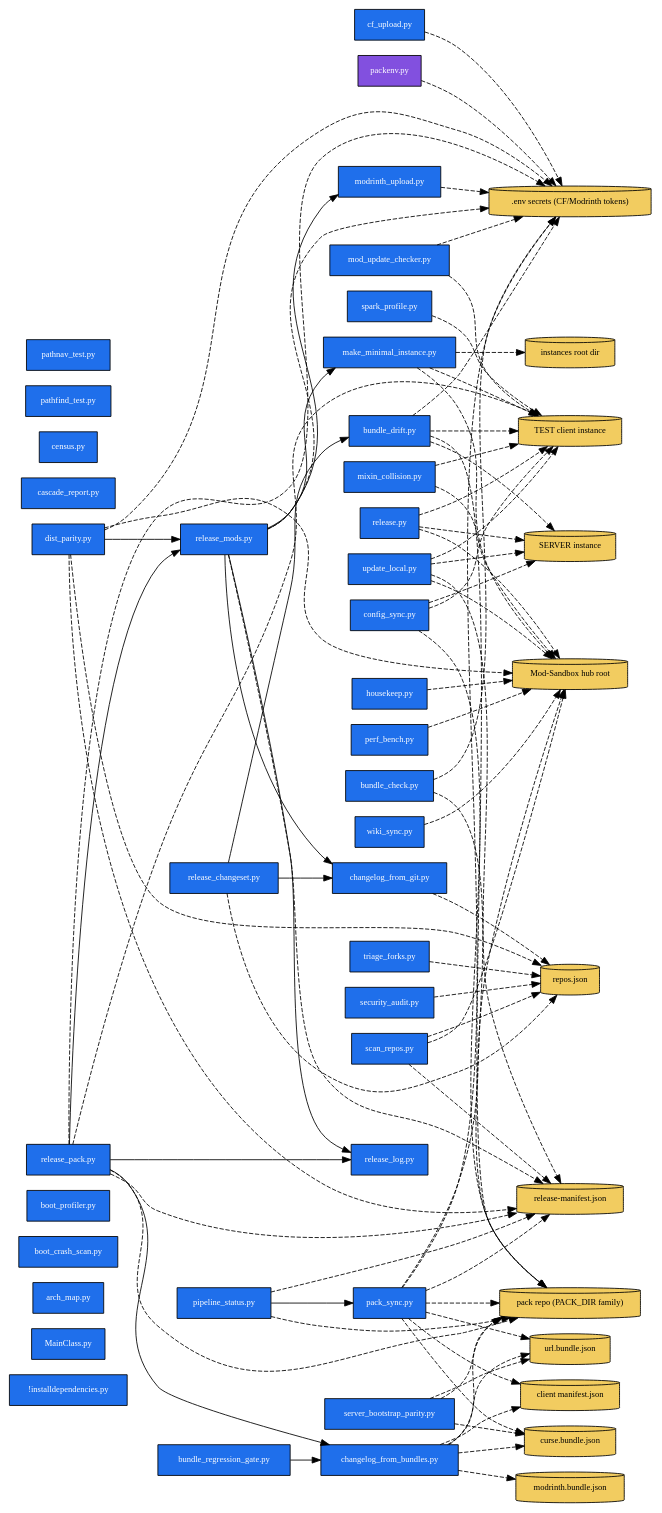
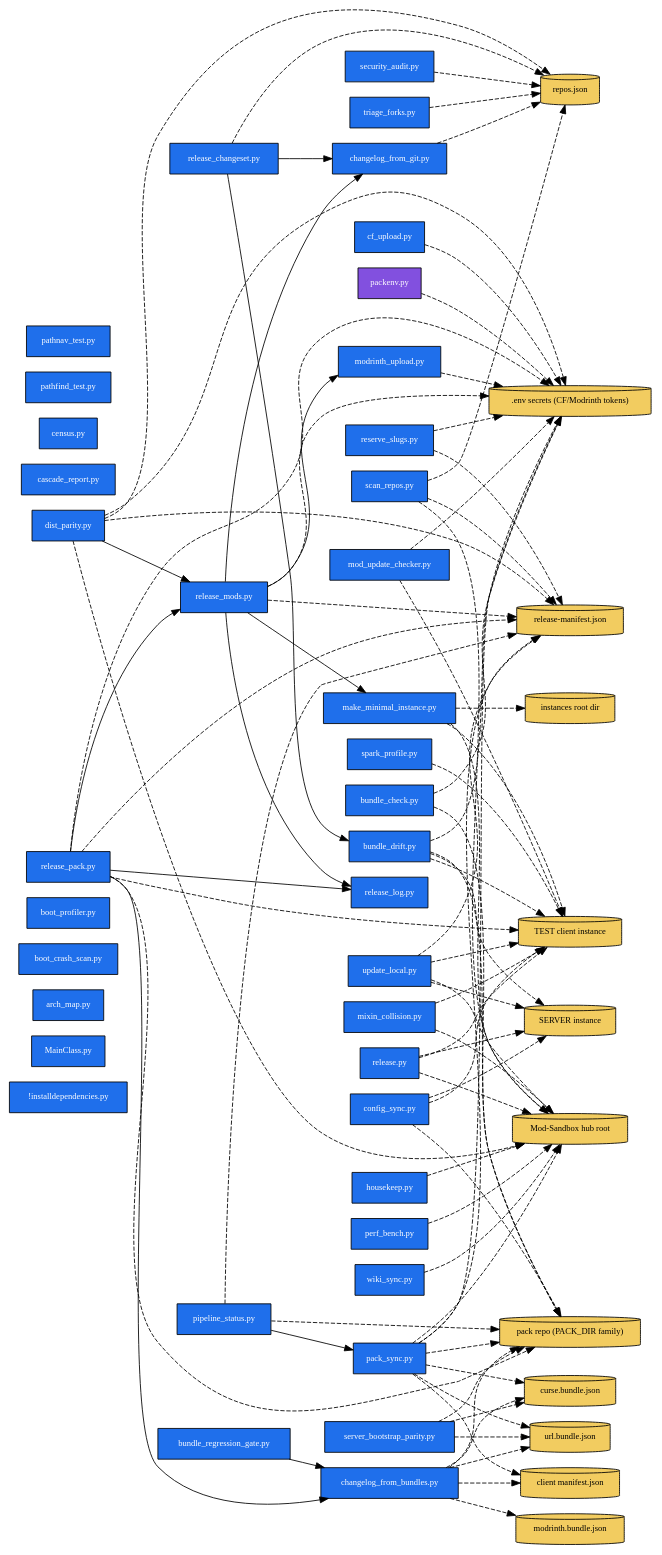
The diagram in ARCHITECTURE.dot (quentin452/Cat-Pack-Utilities), drawn with Graphviz before and after one commit. The commit also changed 3 other files, not shown here.

First line of the commit message:
feat(reserve_slugs): reserve clean-room slugs on Modrinth + CF checklist (docs/26)

```diff
--- a/ARCHITECTURE.dot
+++ b/ARCHITECTURE.dot
@@ -1,133 +1,136 @@
 digraph arch {
   rankdir=LR;
   node [shape=box, style=filled, fontsize=10];
 
   S__installdependencies [label="!installdependencies.py", fillcolor="#1f6feb", fontcolor="white"];
   S_MainClass [label="MainClass.py", fillcolor="#1f6feb", fontcolor="white"];
   S_arch_map [label="arch_map.py", fillcolor="#1f6feb", fontcolor="white"];
   S_boot_crash_scan [label="boot_crash_scan.py", fillcolor="#1f6feb", fontcolor="white"];
   S_boot_profiler [label="boot_profiler.py", fillcolor="#1f6feb", fontcolor="white"];
   S_bundle_check [label="bundle_check.py", fillcolor="#1f6feb", fontcolor="white"];
   S_bundle_drift [label="bundle_drift.py", fillcolor="#1f6feb", fontcolor="white"];
   S_bundle_regression_gate [label="bundle_regression_gate.py", fillcolor="#1f6feb", fontcolor="white"];
   S_cascade_report [label="cascade_report.py", fillcolor="#1f6feb", fontcolor="white"];
   S_census [label="census.py", fillcolor="#1f6feb", fontcolor="white"];
   S_cf_upload [label="cf_upload.py", fillcolor="#1f6feb", fontcolor="white"];
   S_changelog_from_bundles [label="changelog_from_bundles.py", fillcolor="#1f6feb", fontcolor="white"];
   S_changelog_from_git [label="changelog_from_git.py", fillcolor="#1f6feb", fontcolor="white"];
   S_config_sync [label="config_sync.py", fillcolor="#1f6feb", fontcolor="white"];
   S_dist_parity [label="dist_parity.py", fillcolor="#1f6feb", fontcolor="white"];
   S_housekeep [label="housekeep.py", fillcolor="#1f6feb", fontcolor="white"];
   S_make_minimal_instance [label="make_minimal_instance.py", fillcolor="#1f6feb", fontcolor="white"];
   S_mixin_collision [label="mixin_collision.py", fillcolor="#1f6feb", fontcolor="white"];
   S_mod_update_checker [label="mod_update_checker.py", fillcolor="#1f6feb", fontcolor="white"];
   S_modrinth_upload [label="modrinth_upload.py", fillcolor="#1f6feb", fontcolor="white"];
   S_pack_sync [label="pack_sync.py", fillcolor="#1f6feb", fontcolor="white"];
   S_packenv [label="packenv.py", fillcolor="#8250df", fontcolor="white"];
   S_pathfind_test [label="pathfind_test.py", fillcolor="#1f6feb", fontcolor="white"];
   S_pathnav_test [label="pathnav_test.py", fillcolor="#1f6feb", fontcolor="white"];
   S_perf_bench [label="perf_bench.py", fillcolor="#1f6feb", fontcolor="white"];
   S_pipeline_status [label="pipeline_status.py", fillcolor="#1f6feb", fontcolor="white"];
   S_release [label="release.py", fillcolor="#1f6feb", fontcolor="white"];
   S_release_changeset [label="release_changeset.py", fillcolor="#1f6feb", fontcolor="white"];
   S_release_log [label="release_log.py", fillcolor="#1f6feb", fontcolor="white"];
   S_release_mods [label="release_mods.py", fillcolor="#1f6feb", fontcolor="white"];
   S_release_pack [label="release_pack.py", fillcolor="#1f6feb", fontcolor="white"];
+  S_reserve_slugs [label="reserve_slugs.py", fillcolor="#1f6feb", fontcolor="white"];
   S_scan_repos [label="scan_repos.py", fillcolor="#1f6feb", fontcolor="white"];
   S_security_audit [label="security_audit.py", fillcolor="#1f6feb", fontcolor="white"];
   S_server_bootstrap_parity [label="server_bootstrap_parity.py", fillcolor="#1f6feb", fontcolor="white"];
   S_spark_profile [label="spark_profile.py", fillcolor="#1f6feb", fontcolor="white"];
   S_triage_forks [label="triage_forks.py", fillcolor="#1f6feb", fontcolor="white"];
   S_update_local [label="update_local.py", fillcolor="#1f6feb", fontcolor="white"];
   S_wiki_sync [label="wiki_sync.py", fillcolor="#1f6feb", fontcolor="white"];
 
   D_ART_SECRETS [label=".env secrets (CF/Modrinth tokens)", shape=cylinder, fillcolor="#f2cc60"];
   D_ART_HUB [label="Mod-Sandbox hub root", shape=cylinder, fillcolor="#f2cc60"];
   D_ART_INSTANCE_SERVER [label="SERVER instance", shape=cylinder, fillcolor="#f2cc60"];
   D_ART_INSTANCE_TEST [label="TEST client instance", shape=cylinder, fillcolor="#f2cc60"];
   D_ART_CLIENT_MANIFEST [label="client manifest.json", shape=cylinder, fillcolor="#f2cc60"];
   D_ART_CURSE_BUNDLE [label="curse.bundle.json", shape=cylinder, fillcolor="#f2cc60"];
   D_ART_INSTANCES_ROOT [label="instances root dir", shape=cylinder, fillcolor="#f2cc60"];
   D_ART_MODRINTH_BUNDLE [label="modrinth.bundle.json", shape=cylinder, fillcolor="#f2cc60"];
   D_ART_PACK_DIR [label="pack repo (PACK_DIR family)", shape=cylinder, fillcolor="#f2cc60"];
   D_ART_RELEASE_MANIFEST [label="release-manifest.json", shape=cylinder, fillcolor="#f2cc60"];
   D_ART_REPOS_JSON [label="repos.json", shape=cylinder, fillcolor="#f2cc60"];
   D_ART_URL_BUNDLE [label="url.bundle.json", shape=cylinder, fillcolor="#f2cc60"];
 
   S_bundle_regression_gate -> S_changelog_from_bundles;
   S_dist_parity -> S_release_mods;
   S_pipeline_status -> S_pack_sync;
   S_release_changeset -> S_bundle_drift;
   S_release_changeset -> S_changelog_from_git;
   S_release_mods -> S_changelog_from_git;
   S_release_mods -> S_make_minimal_instance;
   S_release_mods -> S_modrinth_upload;
   S_release_mods -> S_release_log;
   S_release_pack -> S_changelog_from_bundles;
   S_release_pack -> S_release_log;
   S_release_pack -> S_release_mods;
   S_bundle_check -> D_ART_SECRETS [style=dashed];
   S_bundle_check -> D_ART_PACK_DIR [style=dashed];
   S_bundle_drift -> D_ART_SECRETS [style=dashed];
   S_bundle_drift -> D_ART_INSTANCE_SERVER [style=dashed];
   S_bundle_drift -> D_ART_INSTANCE_TEST [style=dashed];
   S_bundle_drift -> D_ART_PACK_DIR [style=dashed];
   S_cf_upload -> D_ART_SECRETS [style=dashed];
   S_changelog_from_bundles -> D_ART_CLIENT_MANIFEST [style=dashed];
   S_changelog_from_bundles -> D_ART_CURSE_BUNDLE [style=dashed];
   S_changelog_from_bundles -> D_ART_MODRINTH_BUNDLE [style=dashed];
   S_changelog_from_bundles -> D_ART_PACK_DIR [style=dashed];
   S_changelog_from_bundles -> D_ART_URL_BUNDLE [style=dashed];
   S_changelog_from_git -> D_ART_REPOS_JSON [style=dashed];
   S_config_sync -> D_ART_INSTANCE_SERVER [style=dashed];
   S_config_sync -> D_ART_INSTANCE_TEST [style=dashed];
   S_config_sync -> D_ART_PACK_DIR [style=dashed];
   S_dist_parity -> D_ART_SECRETS [style=dashed];
   S_dist_parity -> D_ART_HUB [style=dashed];
   S_dist_parity -> D_ART_RELEASE_MANIFEST [style=dashed];
   S_dist_parity -> D_ART_REPOS_JSON [style=dashed];
   S_housekeep -> D_ART_HUB [style=dashed];
   S_make_minimal_instance -> D_ART_HUB [style=dashed];
   S_make_minimal_instance -> D_ART_INSTANCE_TEST [style=dashed];
   S_make_minimal_instance -> D_ART_INSTANCES_ROOT [style=dashed];
   S_mixin_collision -> D_ART_HUB [style=dashed];
   S_mixin_collision -> D_ART_INSTANCE_TEST [style=dashed];
   S_mod_update_checker -> D_ART_SECRETS [style=dashed];
   S_mod_update_checker -> D_ART_INSTANCE_TEST [style=dashed];
   S_modrinth_upload -> D_ART_SECRETS [style=dashed];
   S_pack_sync -> D_ART_SECRETS [style=dashed];
   S_pack_sync -> D_ART_HUB [style=dashed];
   S_pack_sync -> D_ART_CLIENT_MANIFEST [style=dashed];
   S_pack_sync -> D_ART_CURSE_BUNDLE [style=dashed];
   S_pack_sync -> D_ART_PACK_DIR [style=dashed];
   S_pack_sync -> D_ART_RELEASE_MANIFEST [style=dashed];
   S_pack_sync -> D_ART_URL_BUNDLE [style=dashed];
   S_packenv -> D_ART_SECRETS [style=dashed];
   S_perf_bench -> D_ART_HUB [style=dashed];
   S_pipeline_status -> D_ART_PACK_DIR [style=dashed];
   S_pipeline_status -> D_ART_RELEASE_MANIFEST [style=dashed];
   S_release -> D_ART_HUB [style=dashed];
   S_release -> D_ART_INSTANCE_SERVER [style=dashed];
   S_release -> D_ART_INSTANCE_TEST [style=dashed];
   S_release_changeset -> D_ART_REPOS_JSON [style=dashed];
   S_release_mods -> D_ART_SECRETS [style=dashed];
   S_release_mods -> D_ART_RELEASE_MANIFEST [style=dashed];
   S_release_pack -> D_ART_SECRETS [style=dashed];
   S_release_pack -> D_ART_INSTANCE_TEST [style=dashed];
   S_release_pack -> D_ART_PACK_DIR [style=dashed];
   S_release_pack -> D_ART_RELEASE_MANIFEST [style=dashed];
+  S_reserve_slugs -> D_ART_SECRETS [style=dashed];
+  S_reserve_slugs -> D_ART_RELEASE_MANIFEST [style=dashed];
   S_scan_repos -> D_ART_HUB [style=dashed];
   S_scan_repos -> D_ART_RELEASE_MANIFEST [style=dashed];
   S_scan_repos -> D_ART_REPOS_JSON [style=dashed];
   S_security_audit -> D_ART_REPOS_JSON [style=dashed];
   S_server_bootstrap_parity -> D_ART_CURSE_BUNDLE [style=dashed];
   S_server_bootstrap_parity -> D_ART_PACK_DIR [style=dashed];
   S_server_bootstrap_parity -> D_ART_URL_BUNDLE [style=dashed];
   S_spark_profile -> D_ART_INSTANCE_TEST [style=dashed];
   S_triage_forks -> D_ART_REPOS_JSON [style=dashed];
   S_update_local -> D_ART_HUB [style=dashed];
   S_update_local -> D_ART_INSTANCE_SERVER [style=dashed];
   S_update_local -> D_ART_INSTANCE_TEST [style=dashed];
   S_update_local -> D_ART_RELEASE_MANIFEST [style=dashed];
   S_wiki_sync -> D_ART_HUB [style=dashed];
 }
```
